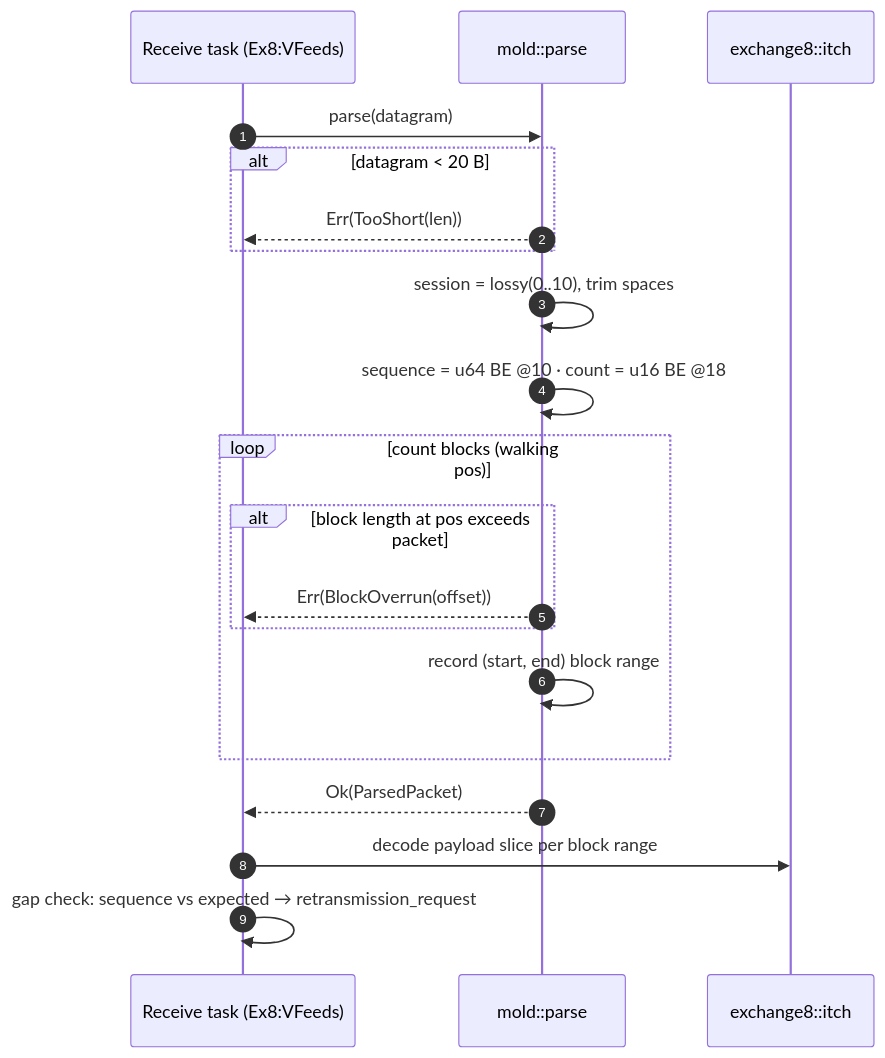
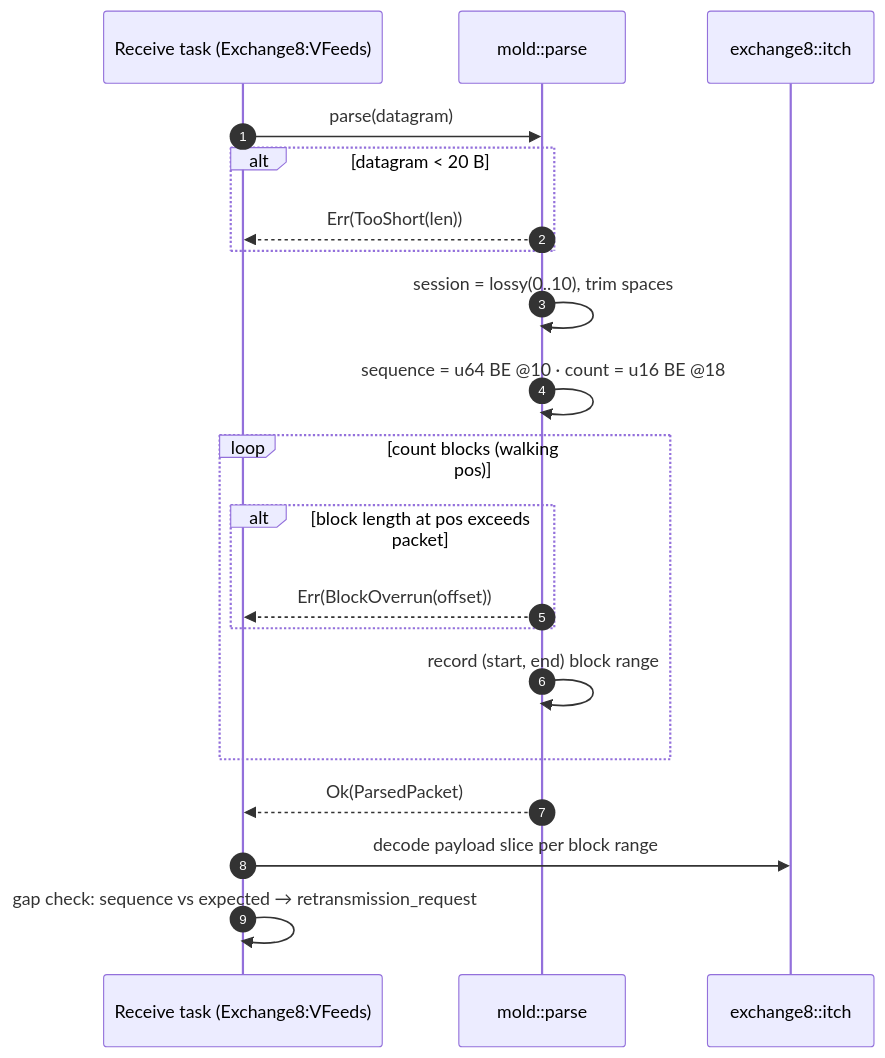
One commit to Exchange8-dev/exchange8-sdk changed the third of 8 diagrams in crates/mold/DESIGN.md. Above: the diagram before and after it, drawn with Mermaid. The commit also changed other lines of this file and 29 other files, not shown here.

````diff
--- a/crates/mold/DESIGN.md
+++ b/crates/mold/DESIGN.md
@@ -110,23 +110,23 @@
 ```mermaid
 sequenceDiagram
     autonumber
-    participant T as Receive task (Ex8:VFeeds)
+    participant T as Receive task (Exchange8:VFeeds)
     participant FN as mold::parse
     participant IT as exchange8::itch
 
     T->>FN: parse(datagram)
     alt datagram < 20 B
         FN-->>T: Err(TooShort(len))
     end
     FN->>FN: session = lossy(0..10), trim spaces
     FN->>FN: sequence = u64 BE @10 · count = u16 BE @18
     loop count blocks (walking pos)
         alt block length at pos exceeds packet
             FN-->>T: Err(BlockOverrun(offset))
         end
         FN->>FN: record (start, end) block range
     end
     FN-->>T: Ok(ParsedPacket)
     T->>IT: decode payload slice per block range
     T->>T: gap check: sequence vs expected → retransmission_request
 ```
````
